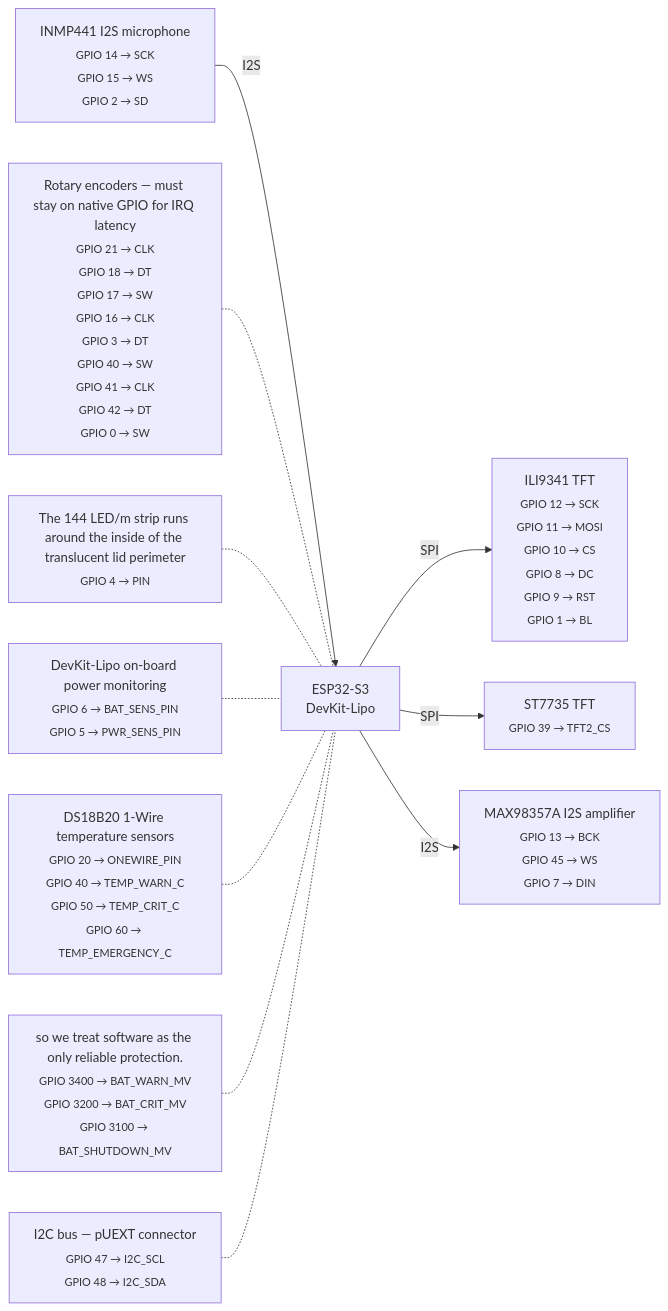
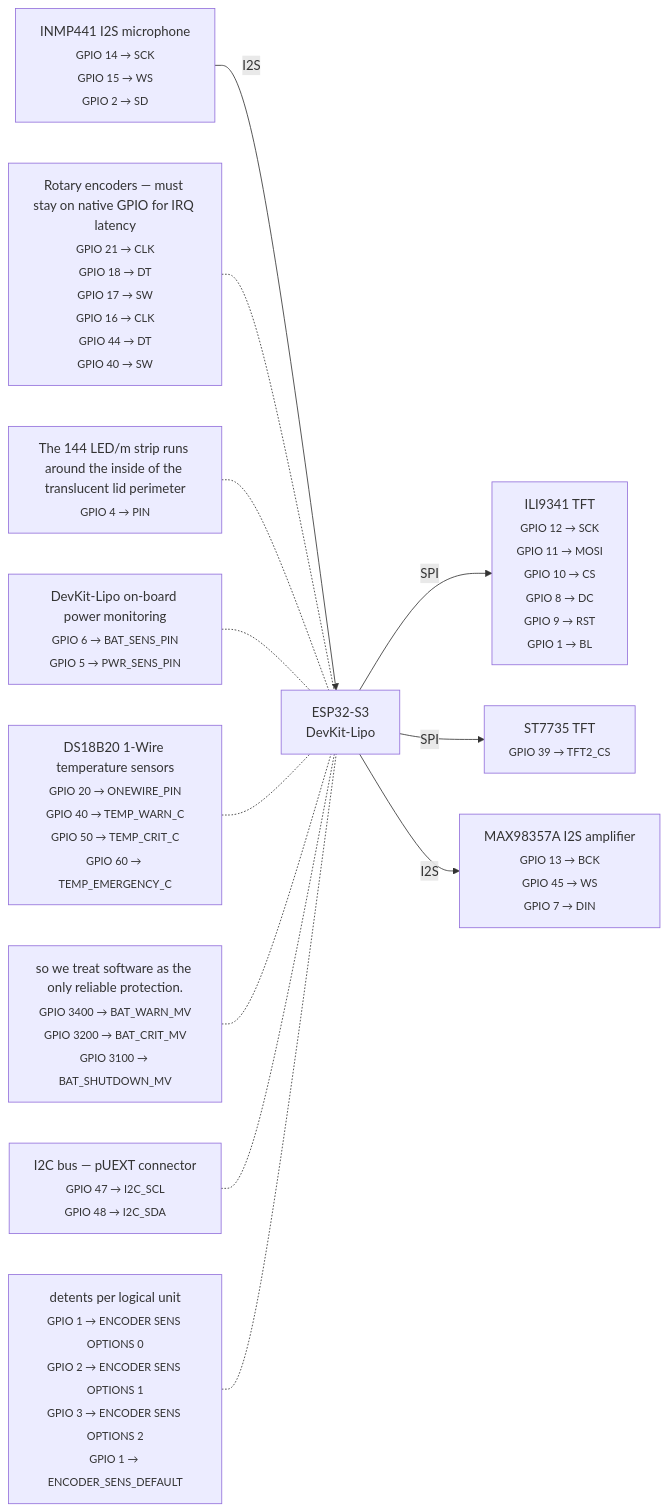
The diagram in docs/wiring.md (mandakan/bodn-esp32), drawn with Mermaid before and after one commit. The commit also changed other lines of this file and 44 other files, not shown here.

````diff
--- a/docs/wiring.md
+++ b/docs/wiring.md
@@ -8,35 +8,38 @@
 ```mermaid
 graph LR
     ESP["ESP32-S3<br/>DevKit-Lipo"]
 
     ILI9341TFT["ILI9341 TFT<br/><sub>GPIO 12 → SCK<br/>GPIO 11 → MOSI<br/>GPIO 10 → CS<br/>GPIO 8 → DC<br/>GPIO 9 → RST<br/>GPIO 1 → BL</sub>"]
     ESP -- SPI --> ILI9341TFT
 
     ST7735TFT["ST7735 TFT<br/><sub>GPIO 39 → TFT2_CS</sub>"]
     ESP -- SPI --> ST7735TFT
 
     INMP441I2Smicrophone["INMP441 I2S microphone<br/><sub>GPIO 14 → SCK<br/>GPIO 15 → WS<br/>GPIO 2 → SD</sub>"]
     INMP441I2Smicrophone -- I2S --> ESP
 
     MAX98357AI2Samplifier["MAX98357A I2S amplifier<br/><sub>GPIO 13 → BCK<br/>GPIO 45 → WS<br/>GPIO 7 → DIN</sub>"]
     ESP -- I2S --> MAX98357AI2Samplifier
 
-    RotaryencodersmuststayonnativeGPIOforIRQlatency["Rotary encoders — must stay on native GPIO for IRQ latency<br/><sub>GPIO 21 → CLK<br/>GPIO 18 → DT<br/>GPIO 17 → SW<br/>GPIO 16 → CLK<br/>GPIO 3 → DT<br/>GPIO 40 → SW<br/>GPIO 41 → CLK<br/>GPIO 42 → DT<br/>GPIO 0 → SW</sub>"]
+    RotaryencodersmuststayonnativeGPIOforIRQlatency["Rotary encoders — must stay on native GPIO for IRQ latency<br/><sub>GPIO 21 → CLK<br/>GPIO 18 → DT<br/>GPIO 17 → SW<br/>GPIO 16 → CLK<br/>GPIO 44 → DT<br/>GPIO 40 → SW</sub>"]
     RotaryencodersmuststayonnativeGPIOforIRQlatency -.- ESP
 
     The144LEDmstriprunsaroundtheinsideofthetranslucentlidperimeter["The 144 LED/m strip runs around the inside of the translucent lid perimeter<br/><sub>GPIO 4 → PIN</sub>"]
     The144LEDmstriprunsaroundtheinsideofthetranslucentlidperimeter -.- ESP
 
     DevKitLipoonboardpowermonitoring["DevKit-Lipo on-board power monitoring<br/><sub>GPIO 6 → BAT_SENS_PIN<br/>GPIO 5 → PWR_SENS_PIN</sub>"]
     DevKitLipoonboardpowermonitoring -.- ESP
 
     DS18B201Wiretemperaturesensors["DS18B20 1-Wire temperature sensors<br/><sub>GPIO 20 → ONEWIRE_PIN<br/>GPIO 40 → TEMP_WARN_C<br/>GPIO 50 → TEMP_CRIT_C<br/>GPIO 60 → TEMP_EMERGENCY_C</sub>"]
     DS18B201Wiretemperaturesensors -.- ESP
 
     sowetreatsoftwareastheonlyreliableprotection["so we treat software as the only reliable protection.<br/><sub>GPIO 3400 → BAT_WARN_MV<br/>GPIO 3200 → BAT_CRIT_MV<br/>GPIO 3100 → BAT_SHUTDOWN_MV</sub>"]
     sowetreatsoftwareastheonlyreliableprotection -.- ESP
 
     I2CbuspUEXTconnector["I2C bus — pUEXT connector<br/><sub>GPIO 47 → I2C_SCL<br/>GPIO 48 → I2C_SDA</sub>"]
     I2CbuspUEXTconnector -.- ESP
 
+    detentsperlogicalunit["detents per logical unit<br/><sub>GPIO 1 → ENCODER SENS OPTIONS 0<br/>GPIO 2 → ENCODER SENS OPTIONS 1<br/>GPIO 3 → ENCODER SENS OPTIONS 2<br/>GPIO 1 → ENCODER_SENS_DEFAULT</sub>"]
+    detentsperlogicalunit -.- ESP
+
 ```
````
